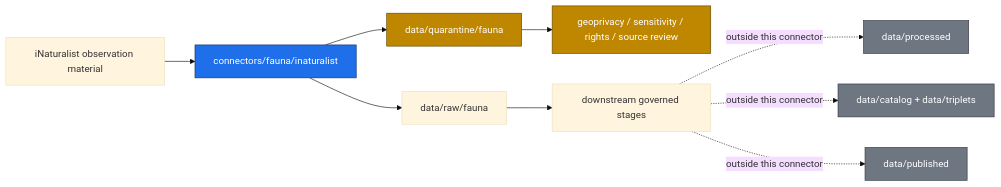
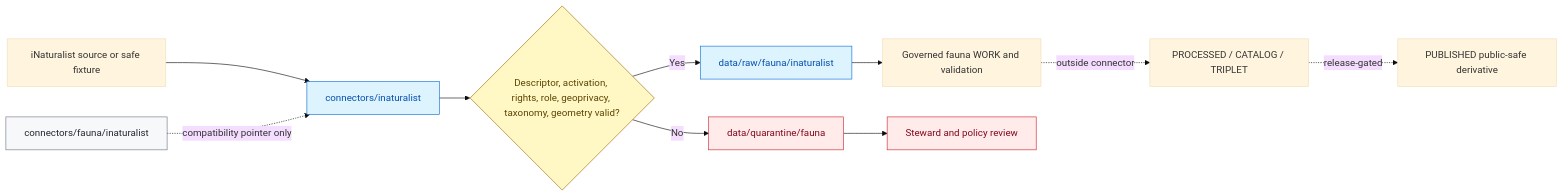
One commit to bartytime4life/Kansas-Frontier-Matrix changed the diagram in connectors/fauna/inaturalist/README.md. Above: the diagram before and after it, drawn with Mermaid (base theme). The commit also changed other lines of this file, not shown here.

Commit message:
docs: mark fauna iNaturalist path as compatibility-only

````diff
--- a/connectors/fauna/inaturalist/README.md
+++ b/connectors/fauna/inaturalist/README.md
@@ -106,19 +359,22 @@
 ```mermaid
 flowchart LR
-  SRC[iNaturalist observation material] --> CONN[connectors/fauna/inaturalist]
-  CONN --> RAW[data/raw/fauna]
-  CONN --> QUAR[data/quarantine/fauna]
-  QUAR --> REVIEW[geoprivacy / sensitivity / rights / source review]
-  RAW --> NEXT[downstream governed stages]
+    S[iNaturalist source or safe fixture] --> C[connectors/inaturalist]
+    C --> G{Descriptor, activation, rights, role, geoprivacy, taxonomy, geometry valid?}
+    G -- No --> Q[data/quarantine/fauna]
+    G -- Yes --> R[data/raw/fauna/inaturalist]
+    R --> W[Governed fauna WORK and validation]
+    Q --> V[Steward and policy review]
+    W -. outside connector .-> P[PROCESSED / CATALOG / TRIPLET]
+    P -. release-gated .-> U[PUBLISHED public-safe derivative]
 
-  NEXT -. outside this connector .-> PROC[data/processed]
-  NEXT -. outside this connector .-> CAT[data/catalog + data/triplets]
-  NEXT -. outside this connector .-> PUB[data/published]
+    X[connectors/fauna/inaturalist] -. compatibility pointer only .-> C
 
-  classDef connector fill:#1f6feb,stroke:#0a3069,color:#fff;
-  classDef hold fill:#bf8700,stroke:#5c4400,color:#fff;
-  classDef outside fill:#6e7681,stroke:#30363d,color:#fff;
-  class CONN connector;
-  class QUAR,REVIEW hold;
-  class PROC,CAT,PUB outside;
+    classDef compat fill:#f6f8fa,stroke:#6e7781,color:#24292f;
+    classDef gate fill:#fff8c5,stroke:#9a6700,color:#5c4400;
+    classDef hold fill:#ffebe9,stroke:#cf222e,color:#82071e;
+    classDef source fill:#ddf4ff,stroke:#0969da,color:#0550ae;
+    class X compat;
+    class G gate;
+    class Q,V hold;
+    class C,R source;
 ```
````
